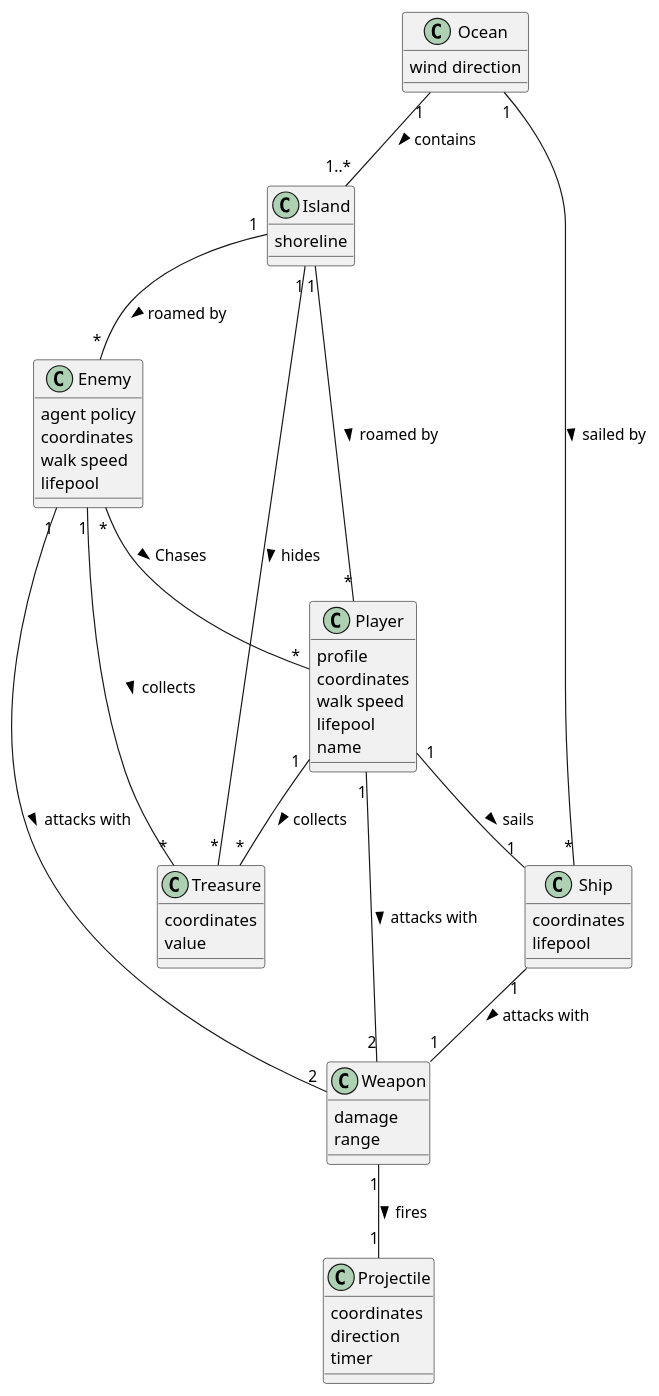
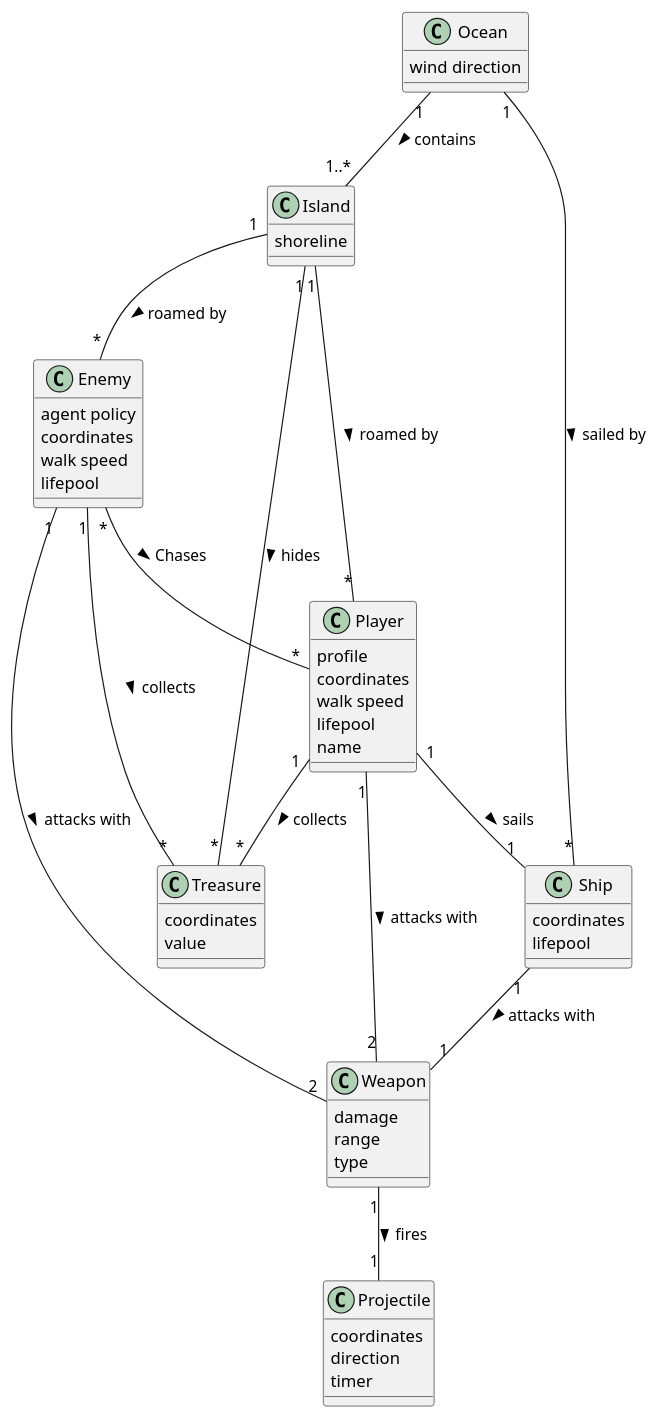
The diagram in Uml/domain-diagram.puml (antje12/10-Master), drawn with PlantUML before and after one commit. The commit also changed 51 other files, not shown here.

```diff
--- a/Uml/domain-diagram.puml
+++ b/Uml/domain-diagram.puml
@@ -1,72 +1,73 @@
 @startuml
 skinparam shadowing false
 'left to right direction
 'skinparam nodesep 5
 'skinparam ranksep 5
 
 'class Admin
 'class Game_World
 class Ocean{
     wind direction
 }
 class Island{
     shoreline
 }
 class Ship{
     coordinates
     lifepool
 }
 'class Obstacle
 class Player{
     profile
     coordinates
     walk speed
     lifepool
     name
 }
 class Treasure{
     coordinates
     value
 }
 class Weapon{
     damage
     range
+    type
 }
 class Projectile{
     coordinates
     direction
     timer
 }
 class Enemy{
     agent policy
     coordinates
     walk speed
     lifepool
 }
 
 'Admin "1..*" -- "*" Enemy : starts
 
 'Game_World "1" -- "1" Ocean : consists of >
 
 Ocean "1" -- "*" Ship : sailed by >
 Ocean "1" -- "1..*" Island : contains >
 'Ocean "1" -- "*" Obstacle : contains >
 
 'Island "1" -- "*" Obstacle : contains >
 Island "1" -- "*" Player : roamed by >
 Island "1" -- "*" Treasure : hides >
 Island "1" -- "*" Enemy : roamed by >
 
 Ship "1" -- "1" Weapon : attacks with >
 
 Player "1" -- "1" Ship : sails >
 Player "1" -- "2" Weapon : attacks with >
 Player "1" -- "*" Treasure : collects >
 
 Enemy "1" -- "2" Weapon : attacks with >
 Enemy "1" -- "*" Treasure : collects >
 Enemy "*" -- "*" Player : Chases >
 
 Weapon "1" -- "1" Projectile : fires >
 
 @enduml
```
